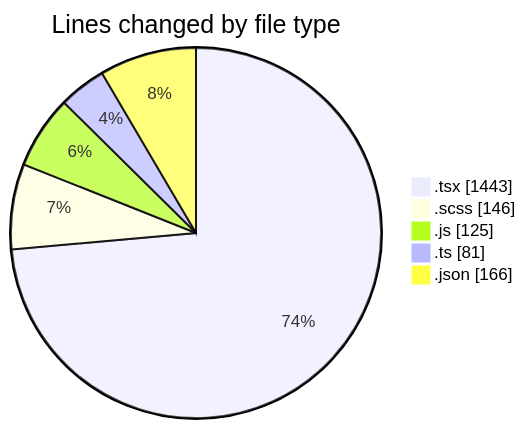
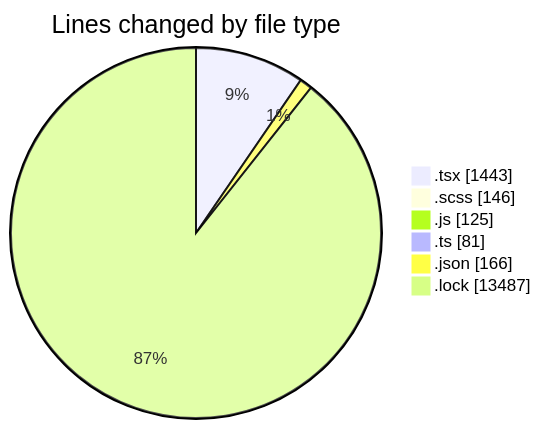
Before and after one commit to momahboobian/code-tracking: the first of 2 diagrams in 2026-04-24/cda/README.md, drawn with Mermaid. The commit also changed other lines of this file and 1 other file, not shown here.

````diff
--- a/2026-04-24/cda/README.md
+++ b/2026-04-24/cda/README.md
@@ -33,9 +34,10 @@
 ```mermaid
 pie showData
 title Lines changed by file type
 ".tsx" : 1443
 ".scss" : 146
 ".js" : 125
 ".ts" : 81
 ".json" : 166
+".lock" : 13487
 ```
````
